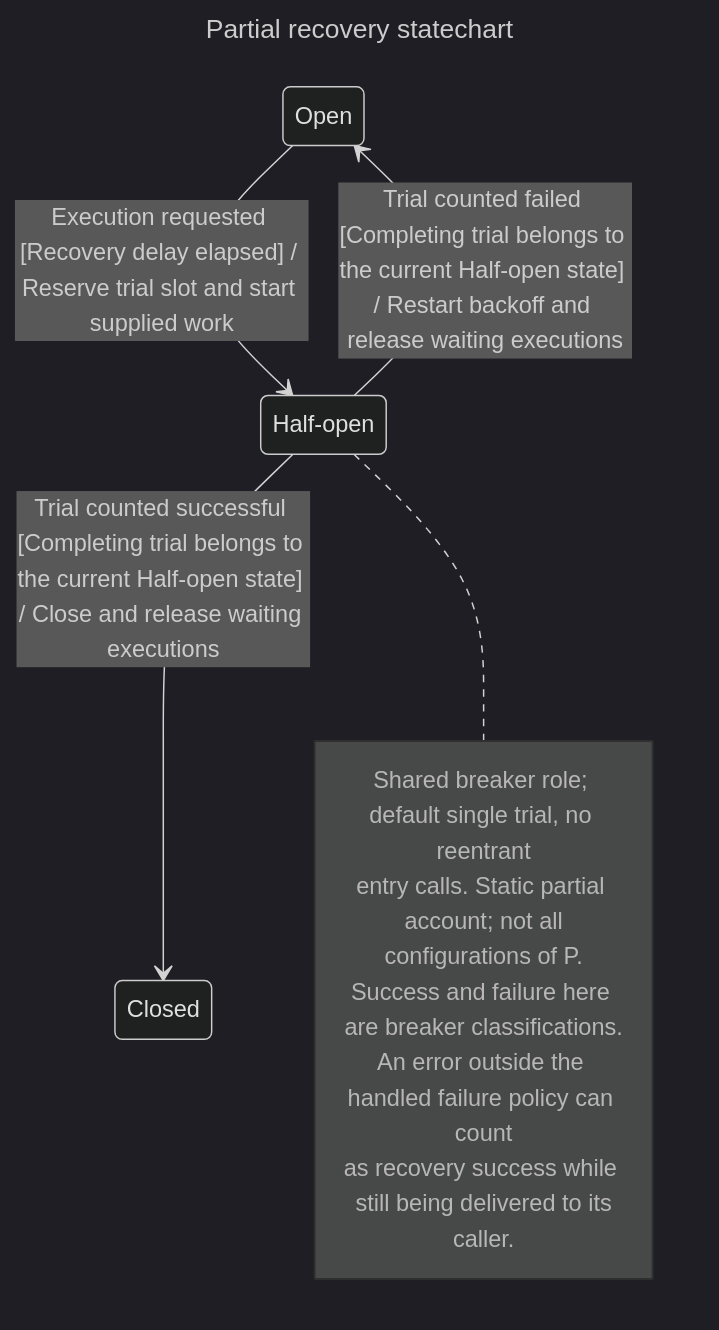
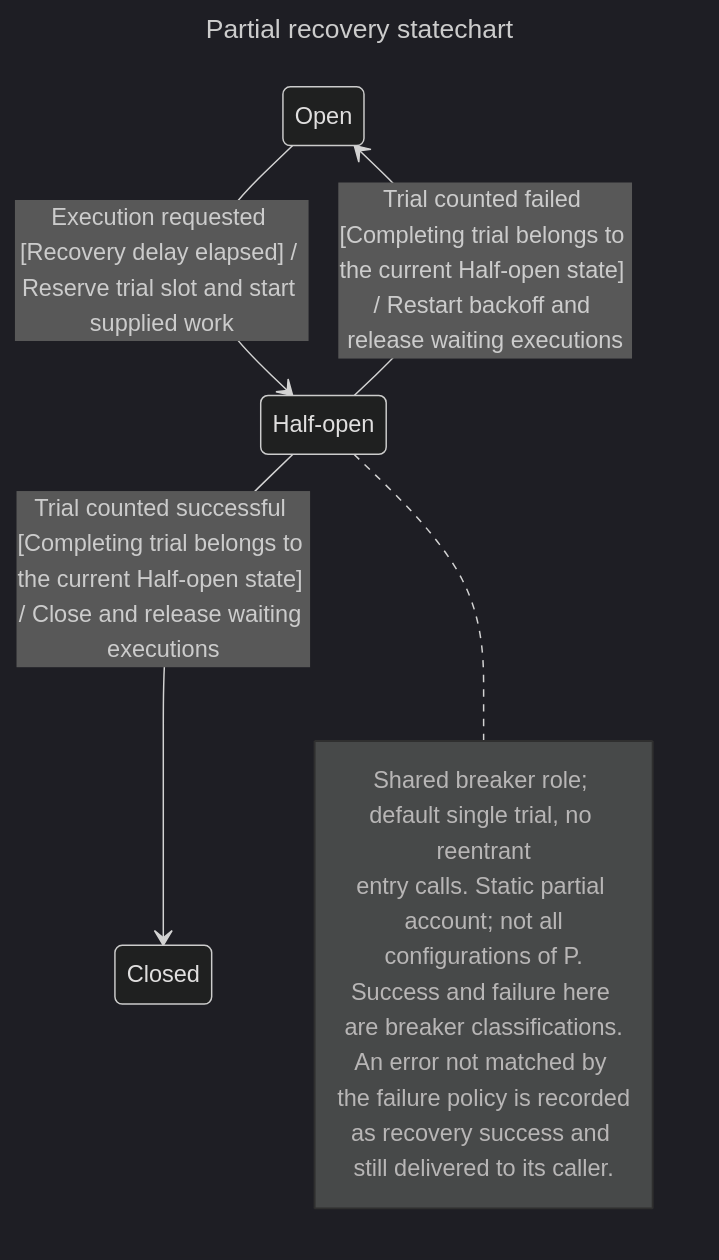
The diagram in notes/structured-account-example/recovery-state.mmd (ronen/postcode), drawn with Mermaid (dark theme) before and after one commit. The commit also changed 10 other files, not shown here.

```diff
--- a/notes/structured-account-example/recovery-state.mmd
+++ b/notes/structured-account-example/recovery-state.mmd
@@ -1,15 +1,15 @@
 ---
 title: "Partial recovery statechart"
 ---
 stateDiagram-v2
   direction TB
   state "Closed" as s0
   state "Open" as s1
   state "Half-open" as s2
   s1 --> s2: Execution requested [Recovery delay elapsed] / Reserve trial slot and start supplied work
   s2 --> s0: Trial counted successful [Completing trial belongs to the current Half-open state] / Close and release waiting executions
   s2 --> s1: Trial counted failed [Completing trial belongs to the current Half-open state] / Restart backoff and release waiting executions
   note right of s2
     Shared breaker role#59; default single trial, no reentrant<br/>entry calls. Static partial account#59; not all<br/>configurations of P.
-    Success and failure here are breaker classifications.<br/>An error outside the handled failure policy can count<br/>as recovery success while still being delivered to its<br/>caller.
+    Success and failure here are breaker classifications.<br/>An error not matched by the failure policy is recorded<br/>as recovery success and still delivered to its caller.
   end note
```
